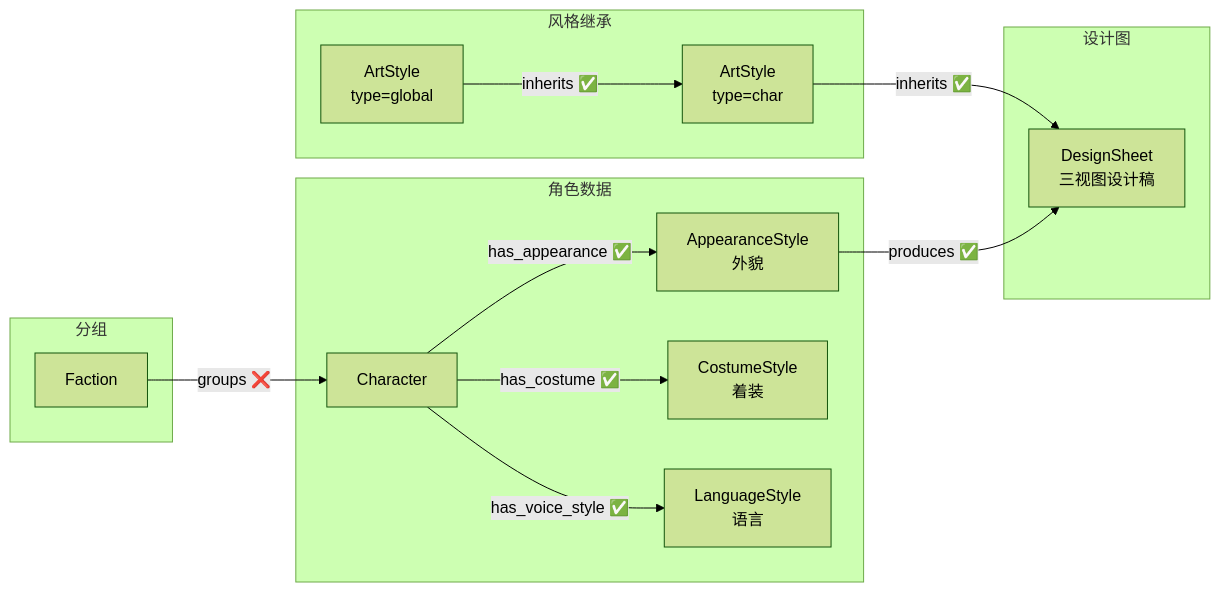
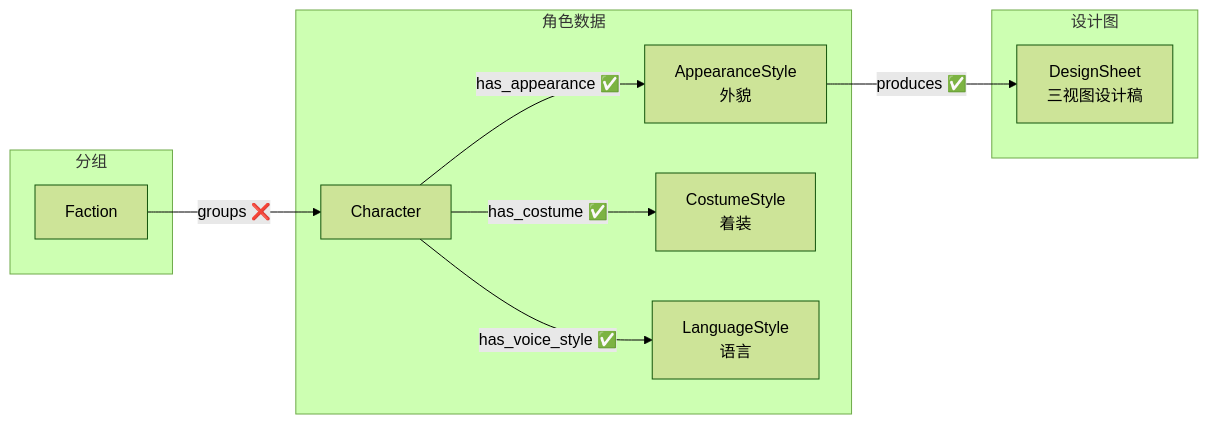
The first of 2 diagrams in 00_init/Schema/角色美术.md (CrazyJinn/OtheredGlass), drawn with Mermaid (forest theme) before and after one commit. The commit also changed other lines of this file and 4 other files, not shown here.

First line of the commit message:
移除 ArtStyle 图节点，美术风格改为从文件读取

````diff
--- a/00_init/Schema/角色美术.md
+++ b/00_init/Schema/角色美术.md
@@ -297,33 +249,25 @@
 ```mermaid
 flowchart LR
-    subgraph style["风格继承"]
-        ArtGlobal["ArtStyle<br/>type=global"]
-        ArtChar["ArtStyle<br/>type=char"]
-    end
-
     subgraph data["角色数据"]
         Character["Character"]
         Appearance["AppearanceStyle<br/>外貌"]
         Costume["CostumeStyle<br/>着装"]
         Language["LanguageStyle<br/>语言"]
     end
 
     subgraph production["设计图"]
         DesignSheet["DesignSheet<br/>三视图设计稿"]
     end
 
     subgraph group["分组"]
         Faction["Faction"]
     end
 
-    ArtGlobal -->|"inherits ✅"| ArtChar
-    ArtChar -->|"inherits ✅"| DesignSheet
-
     Character -->|"has_appearance ✅"| Appearance
     Character -->|"has_costume ✅"| Costume
     Character -->|"has_voice_style ✅"| Language
 
     Appearance -->|"produces ✅"| DesignSheet
 
     Faction -->|"groups ❌"| Character
 ```
````
